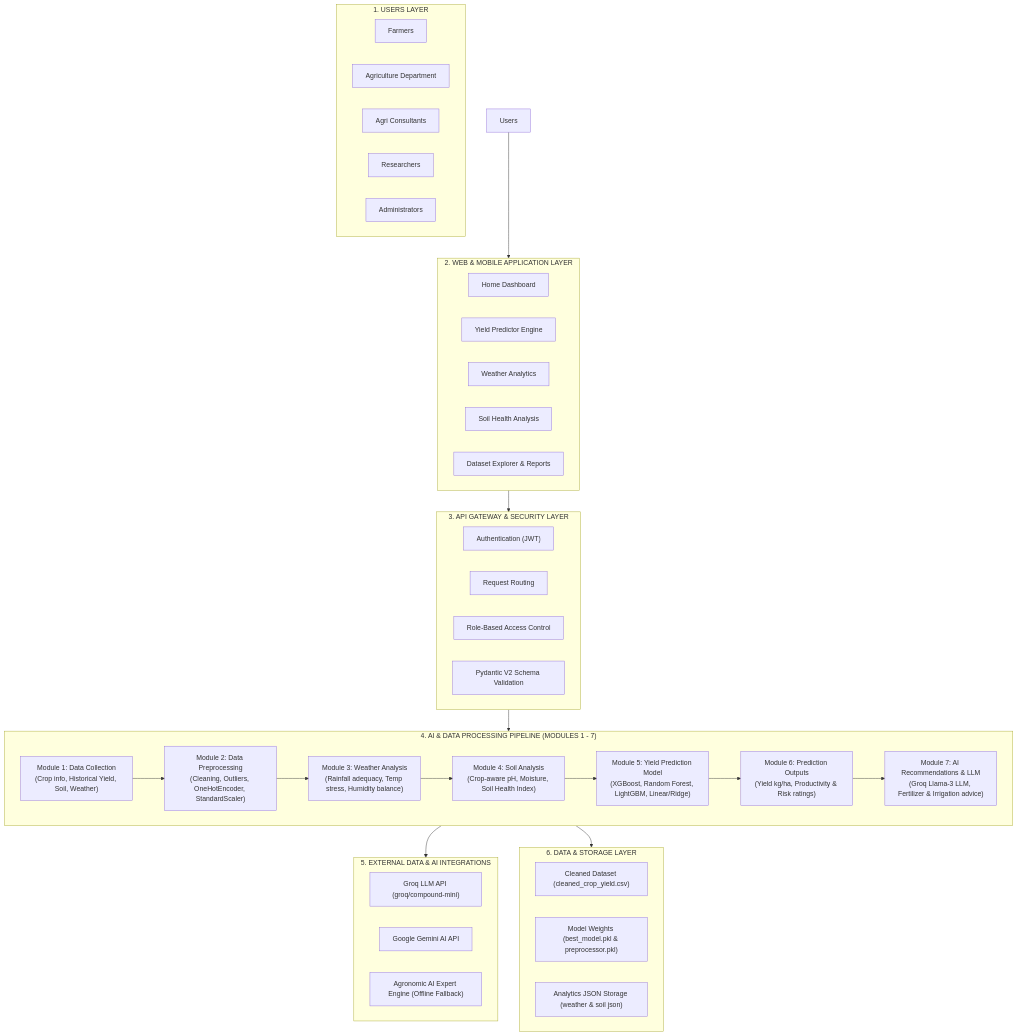
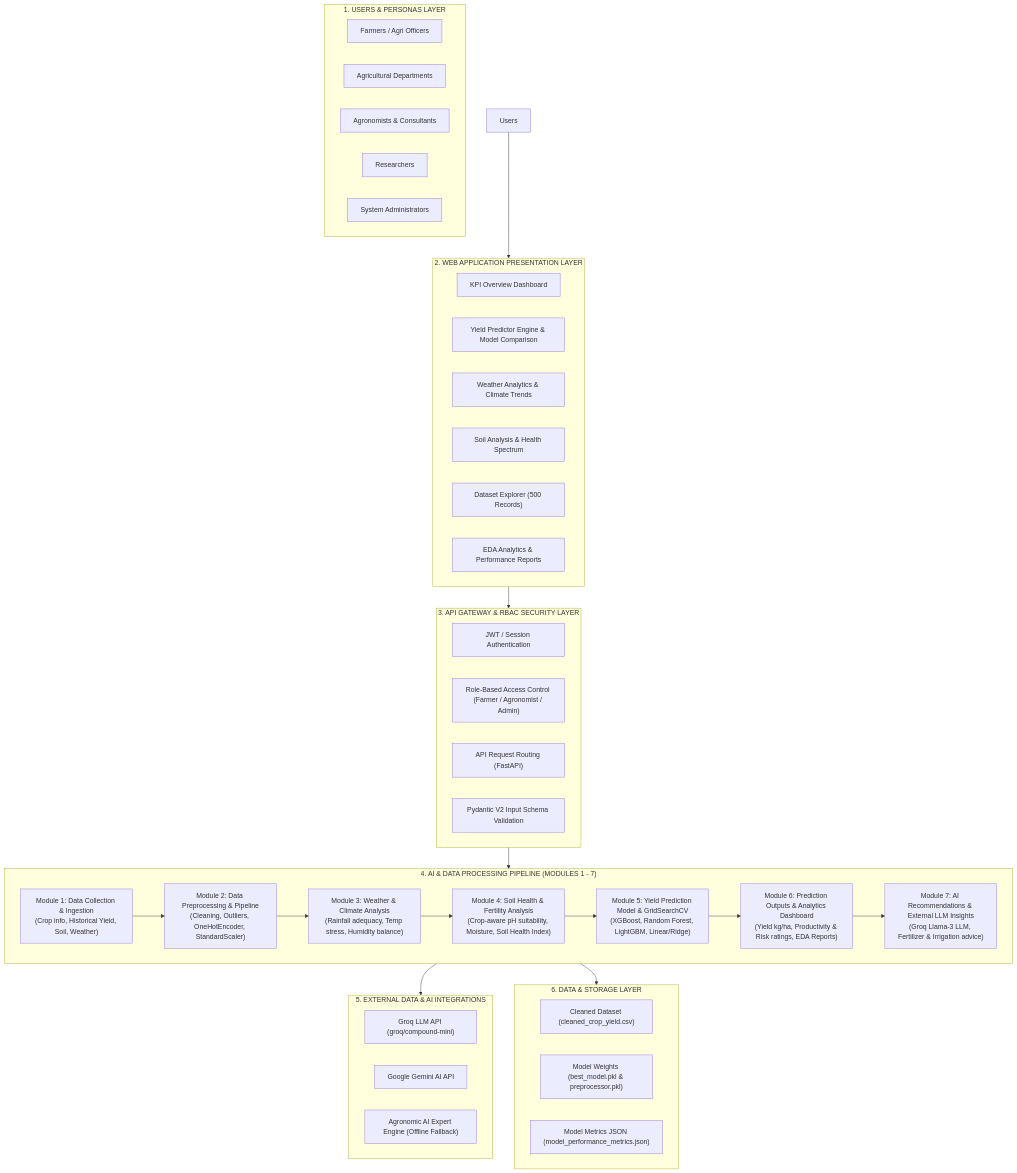
The diagram in docs/system_architecture.md (springboardmentor12233a-tech/-AI-Powered-Crop-Yield-Prediction-and-Agricultural-Productivity-Intelligence-Platform), drawn with Mermaid before and after one commit. The commit also changed other lines of this file, not shown here.

Commit message:
docs: finalize master system architecture specification with RBAC layer & analytics dashboard

````diff
--- a/docs/system_architecture.md
+++ b/docs/system_architecture.md
@@ -12,55 +12,56 @@
 ```mermaid
 graph TD
-    subgraph Layer1 ["1. USERS LAYER"]
-        U1["Farmers"]
-        U2["Agriculture Department"]
-        U3["Agri Consultants"]
+    subgraph Layer1 ["1. USERS & PERSONAS LAYER"]
+        U1["Farmers / Agri Officers"]
+        U2["Agricultural Departments"]
+        U3["Agronomists & Consultants"]
         U4["Researchers"]
-        U5["Administrators"]
+        U5["System Administrators"]
     end
 
-    subgraph Layer2 ["2. WEB & MOBILE APPLICATION LAYER"]
-        A1["Home Dashboard"]
-        A2["Yield Predictor Engine"]
-        A3["Weather Analytics"]
-        A4["Soil Health Analysis"]
-        A5["Dataset Explorer & Reports"]
+    subgraph Layer2 ["2. WEB APPLICATION PRESENTATION LAYER"]
+        A1["KPI Overview Dashboard"]
+        A2["Yield Predictor Engine & Model Comparison"]
+        A3["Weather Analytics & Climate Trends"]
+        A4["Soil Analysis & Health Spectrum"]
+        A5["Dataset Explorer (500 Records)"]
+        A6["EDA Analytics & Performance Reports"]
     end
 
-    subgraph Layer3 ["3. API GATEWAY & SECURITY LAYER"]
-        G1["Authentication (JWT)"]
-        G2["Request Routing"]
-        G3["Role-Based Access Control"]
-        G4["Pydantic V2 Schema Validation"]
+    subgraph Layer3 ["3. API GATEWAY & RBAC SECURITY LAYER"]
+        G1["JWT / Session Authentication"]
+        G2["Role-Based Access Control (Farmer / Agronomist / Admin)"]
+        G3["API Request Routing (FastAPI)"]
+        G4["Pydantic V2 Input Schema Validation"]
     end
 
     subgraph Layer4 ["4. AI & DATA PROCESSING PIPELINE (MODULES 1 - 7)"]
-        P1["Module 1: Data Collection<br/>(Crop info, Historical Yield, Soil, Weather)"]
-        P2["Module 2: Data Preprocessing<br/>(Cleaning, Outliers, OneHotEncoder, StandardScaler)"]
-        P3["Module 3: Weather Analysis<br/>(Rainfall adequacy, Temp stress, Humidity balance)"]
-        P4["Module 4: Soil Analysis<br/>(Crop-aware pH, Moisture, Soil Health Index)"]
-        P5["Module 5: Yield Prediction Model<br/>(XGBoost, Random Forest, LightGBM, Linear/Ridge)"]
-        P6["Module 6: Prediction Outputs<br/>(Yield kg/ha, Productivity & Risk ratings)"]
-        P7["Module 7: AI Recommendations & LLM<br/>(Groq Llama-3 LLM, Fertilizer & Irrigation advice)"]
+        P1["Module 1: Data Collection & Ingestion<br/>(Crop info, Historical Yield, Soil, Weather)"]
+        P2["Module 2: Data Preprocessing & Pipeline<br/>(Cleaning, Outliers, OneHotEncoder, StandardScaler)"]
+        P3["Module 3: Weather & Climate Analysis<br/>(Rainfall adequacy, Temp stress, Humidity balance)"]
+        P4["Module 4: Soil Health & Fertility Analysis<br/>(Crop-aware pH suitability, Moisture, Soil Health Index)"]
+        P5["Module 5: Yield Prediction Model & GridSearchCV<br/>(XGBoost, Random Forest, LightGBM, Linear/Ridge)"]
+        P6["Module 6: Prediction Outputs & Analytics Dashboard<br/>(Yield kg/ha, Productivity & Risk ratings, EDA Reports)"]
+        P7["Module 7: AI Recommendations & External LLM Insights<br/>(Groq Llama-3 LLM, Fertilizer & Irrigation advice)"]
 
         P1 --> P2 --> P3 --> P4 --> P5 --> P6 --> P7
     end
 
     subgraph Layer5 ["5. EXTERNAL DATA & AI INTEGRATIONS"]
         E1["Groq LLM API (groq/compound-mini)"]
         E2["Google Gemini AI API"]
         E3["Agronomic AI Expert Engine (Offline Fallback)"]
     end
 
     subgraph Layer6 ["6. DATA & STORAGE LAYER"]
         S1["Cleaned Dataset (cleaned_crop_yield.csv)"]
         S2["Model Weights (best_model.pkl & preprocessor.pkl)"]
-        S3["Analytics JSON Storage (weather & soil json)"]
+        S3["Model Metrics JSON (model_performance_metrics.json)"]
     end
 
     Users --> Layer2
     Layer2 --> Layer3
     Layer3 --> Layer4
     Layer4 --> Layer5
     Layer4 --> Layer6
 ```
````
